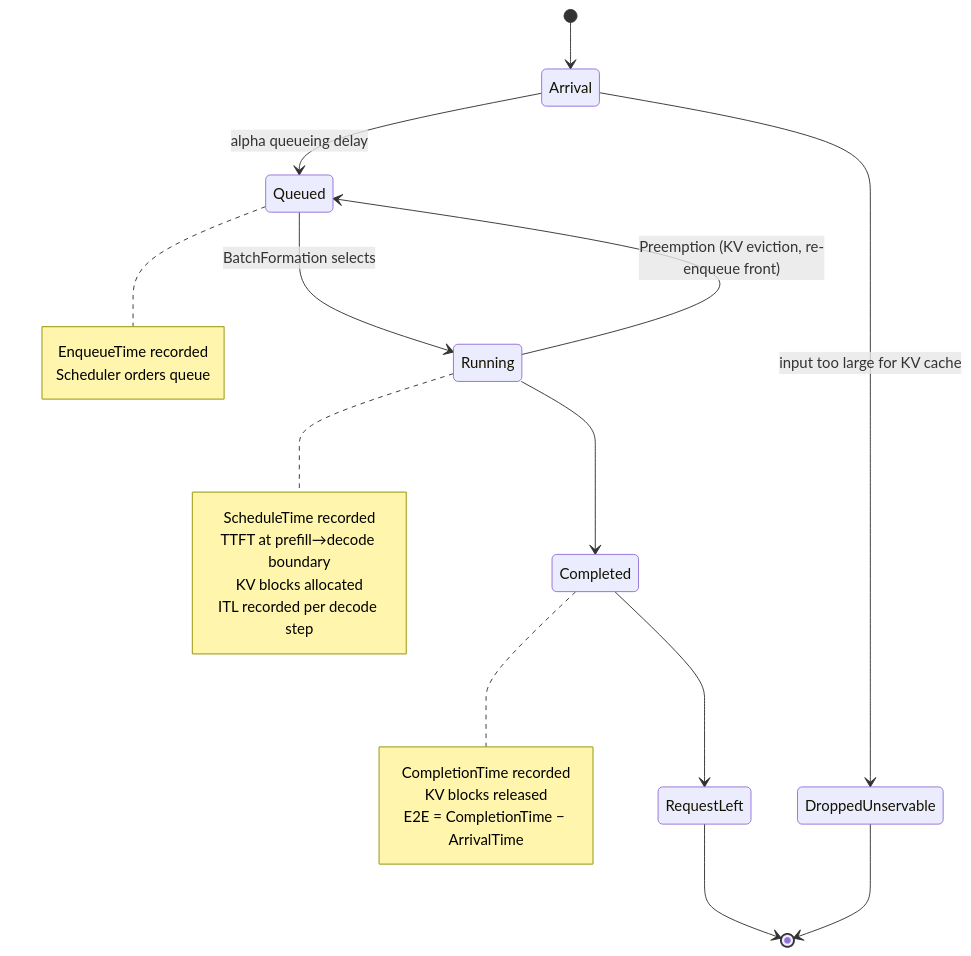
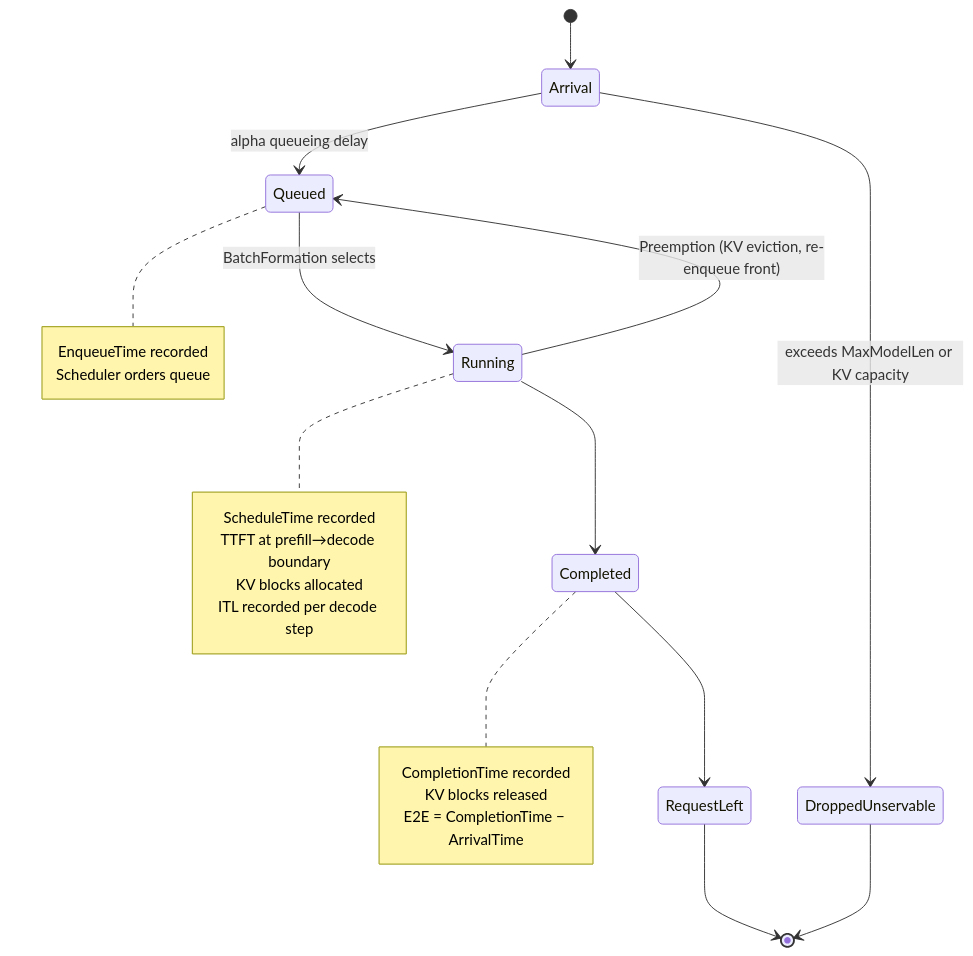
One commit to inference-sim/inference-sim changed the third of 3 diagrams in docs/concepts/core-engine.md. Above: the diagram before and after it, drawn with Mermaid. The commit also changed other lines of this file and 26 other files, not shown here.

First line of the commit message:
feat(sim): MaxModelLen enforcement and MaxOutputLen budget (#567)

````diff
--- a/docs/concepts/core-engine.md
+++ b/docs/concepts/core-engine.md
@@ -99,36 +99,36 @@
 ```mermaid
 stateDiagram-v2
     [*] --> Arrival
     Arrival --> Queued : alpha queueing delay
-    Arrival --> DroppedUnservable : input too large for KV cache
+    Arrival --> DroppedUnservable : exceeds MaxModelLen or KV capacity
 
     state "Queued" as Queued
     note right of Queued
         EnqueueTime recorded
         Scheduler orders queue
     end note
 
     Queued --> Running : BatchFormation selects
 
     state "Running" as Running
     note right of Running
         ScheduleTime recorded
         TTFT at prefill→decode boundary
         KV blocks allocated
         ITL recorded per decode step
     end note
 
     Running --> Completed
     Running --> Queued : Preemption (KV eviction, re-enqueue front)
 
     state "Completed" as Completed
     note right of Completed
         CompletionTime recorded
         KV blocks released
         E2E = CompletionTime − ArrivalTime
     end note
 
     Completed --> RequestLeft
     RequestLeft --> [*]
     DroppedUnservable --> [*]
 ```
````
